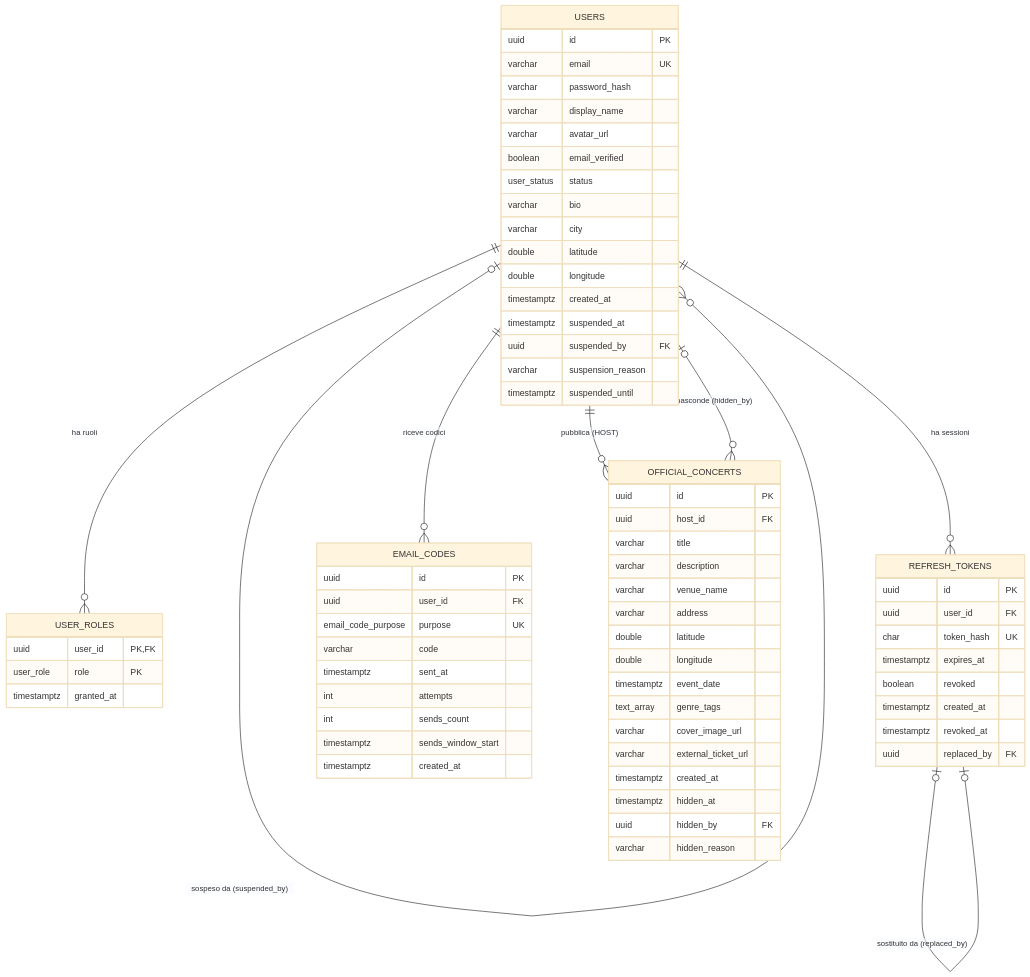
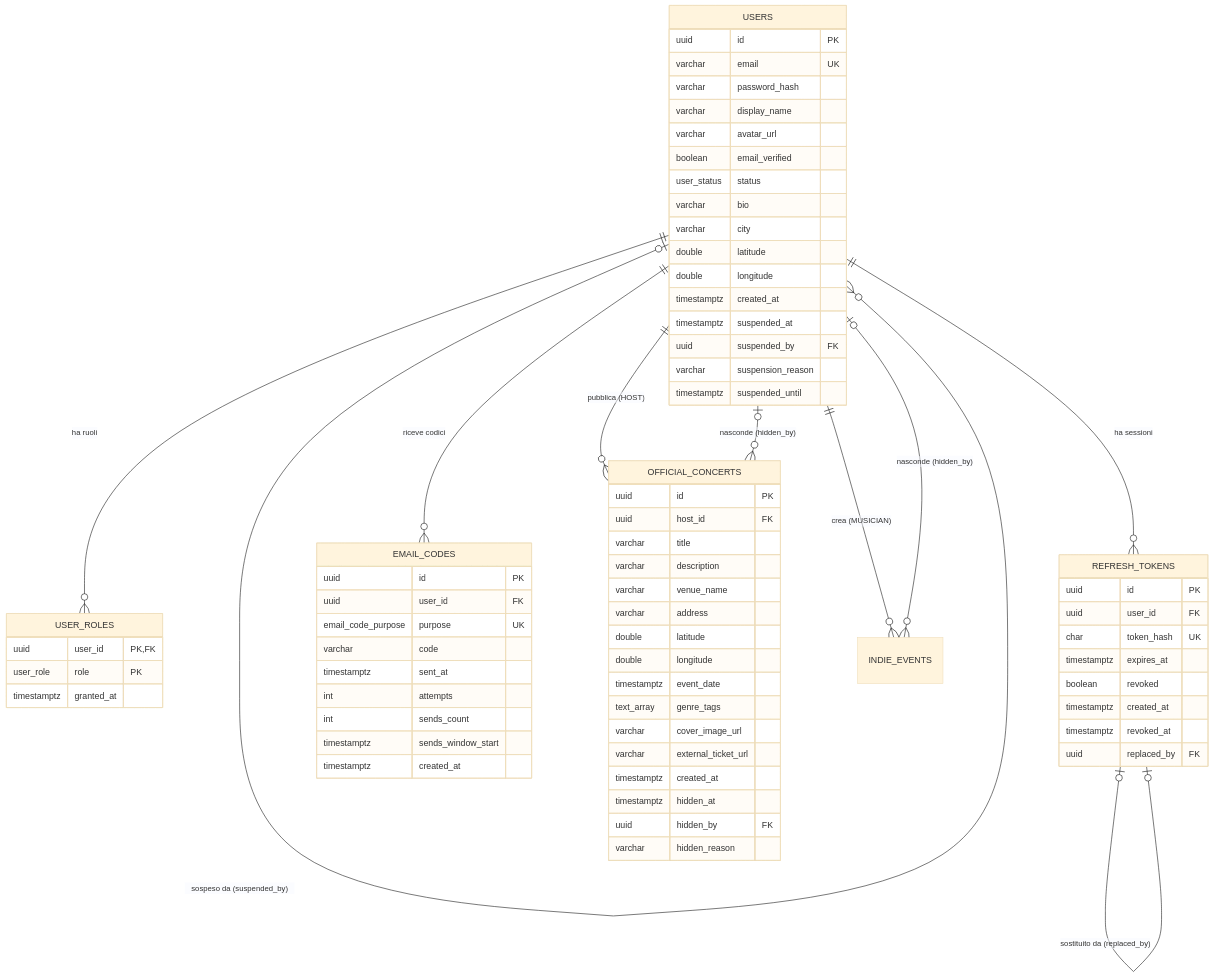
One commit to AlbertoRazzolini/Resonance_app changed the diagram in docs/schema-db.md. Above: the diagram before and after it, drawn with Mermaid (base theme). The commit also changed other lines of this file and 18 other files, not shown here.

First line of the commit message:
feat(events): aggiunge gli indie event con bozze e pubblicazione

````diff
--- a/docs/schema-db.md
+++ b/docs/schema-db.md
@@ -153,77 +190,79 @@
 ```mermaid
 erDiagram
     USERS ||--o{ USER_ROLES : "ha ruoli"
     USERS |o--o{ USERS : "sospeso da (suspended_by)"
     USERS ||--o{ REFRESH_TOKENS : "ha sessioni"
     REFRESH_TOKENS |o--o| REFRESH_TOKENS : "sostituito da (replaced_by)"
     USERS ||--o{ EMAIL_CODES : "riceve codici"
     USERS ||--o{ OFFICIAL_CONCERTS : "pubblica (HOST)"
     USERS |o--o{ OFFICIAL_CONCERTS : "nasconde (hidden_by)"
+    USERS ||--o{ INDIE_EVENTS : "crea (MUSICIAN)"
+    USERS |o--o{ INDIE_EVENTS : "nasconde (hidden_by)"
 
     USERS {
         uuid id PK
         varchar email UK
         varchar password_hash
         varchar display_name
         varchar avatar_url
         boolean email_verified
         user_status status
         varchar bio
         varchar city
         double latitude
         double longitude
         timestamptz created_at
         timestamptz suspended_at
         uuid suspended_by FK
         varchar suspension_reason
         timestamptz suspended_until
     }
 
     USER_ROLES {
         uuid user_id PK, FK
         user_role role PK
         timestamptz granted_at
     }
 
     REFRESH_TOKENS {
         uuid id PK
         uuid user_id FK
         char token_hash UK
         timestamptz expires_at
         boolean revoked
         timestamptz created_at
         timestamptz revoked_at
         uuid replaced_by FK
     }
 
     EMAIL_CODES {
         uuid id PK
         uuid user_id FK
         email_code_purpose purpose UK
         varchar code
         timestamptz sent_at
         int attempts
         int sends_count
         timestamptz sends_window_start
         timestamptz created_at
     }
 
     OFFICIAL_CONCERTS {
         uuid id PK
         uuid host_id FK
         varchar title
         varchar description
         varchar venue_name
         varchar address
         double latitude
         double longitude
         timestamptz event_date
         text_array genre_tags
         varchar cover_image_url
         varchar external_ticket_url
         timestamptz created_at
         timestamptz hidden_at
         uuid hidden_by FK
         varchar hidden_reason
     }
 ```
````
